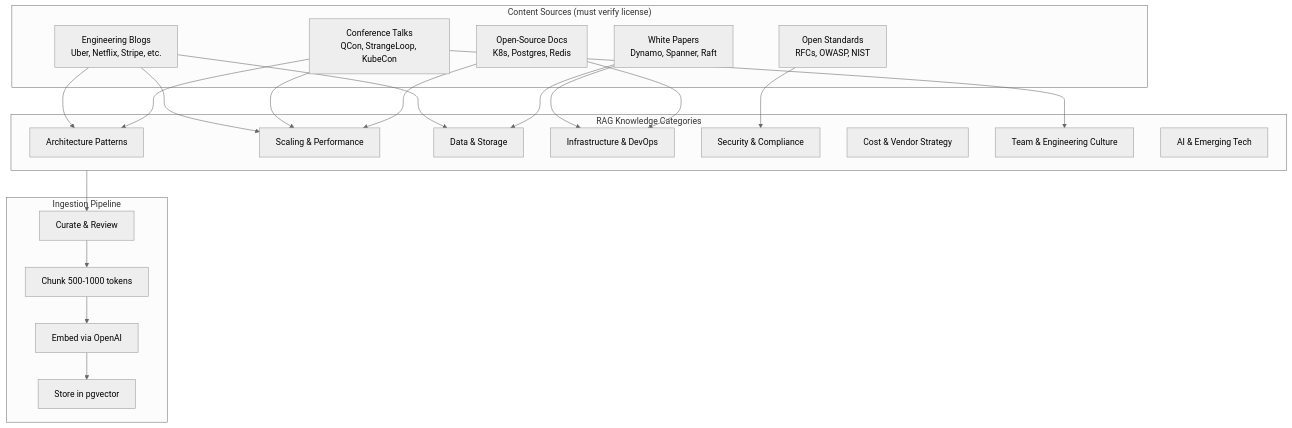
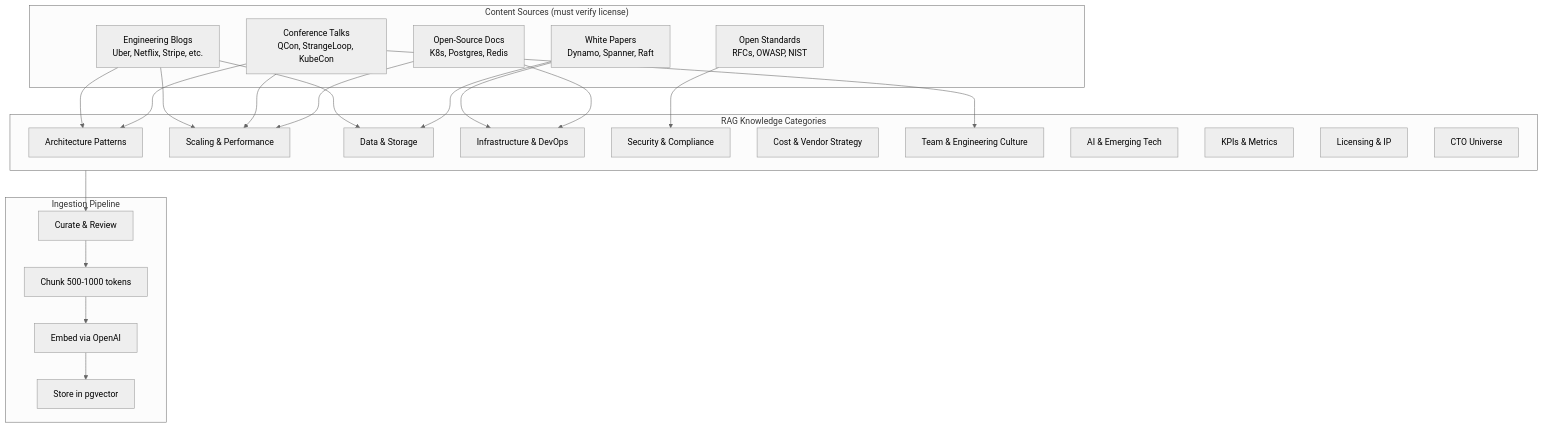
Before and after one commit to Tamoura/Claude-Code-creates-the-SW-company: the first of 3 diagrams in products/ctoaas/docs/knowledge-base-plan.md, drawn with Mermaid (neutral theme). The commit also changed other lines of this file and 17 other files, not shown here.

````diff
--- a/products/ctoaas/docs/knowledge-base-plan.md
+++ b/products/ctoaas/docs/knowledge-base-plan.md
@@ -16,35 +16,38 @@
 ```mermaid
 graph TD
     subgraph Categories["RAG Knowledge Categories"]
         A[Architecture Patterns]
         B[Scaling & Performance]
         C[Data & Storage]
         D[Infrastructure & DevOps]
         E[Security & Compliance]
         F[Cost & Vendor Strategy]
         G[Team & Engineering Culture]
         H[AI & Emerging Tech]
+        I[KPIs & Metrics]
+        J[Licensing & IP]
+        K[CTO Universe]
     end
 
     subgraph Sources["Content Sources (must verify license)"]
         S1[Engineering Blogs<br/>Uber, Netflix, Stripe, etc.]
         S2[Conference Talks<br/>QCon, StrangeLoop, KubeCon]
         S3[White Papers<br/>Dynamo, Spanner, Raft]
         S4[Open Standards<br/>RFCs, OWASP, NIST]
         S5[Open-Source Docs<br/>K8s, Postgres, Redis]
     end
 
     S1 --> A & B & C
     S2 --> A & B & G
     S3 --> C & D
     S4 --> E
     S5 --> D & B
 
     subgraph Pipeline["Ingestion Pipeline"]
         P1[Curate & Review] --> P2[Chunk 500-1000 tokens]
         P2 --> P3[Embed via OpenAI]
         P3 --> P4[Store in pgvector]
     end
 
     Categories --> P1
 ```
````
